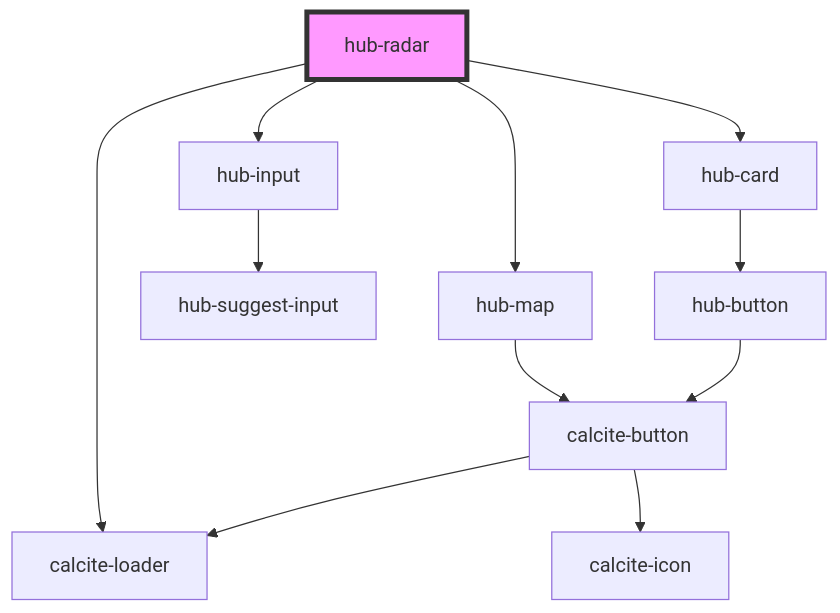
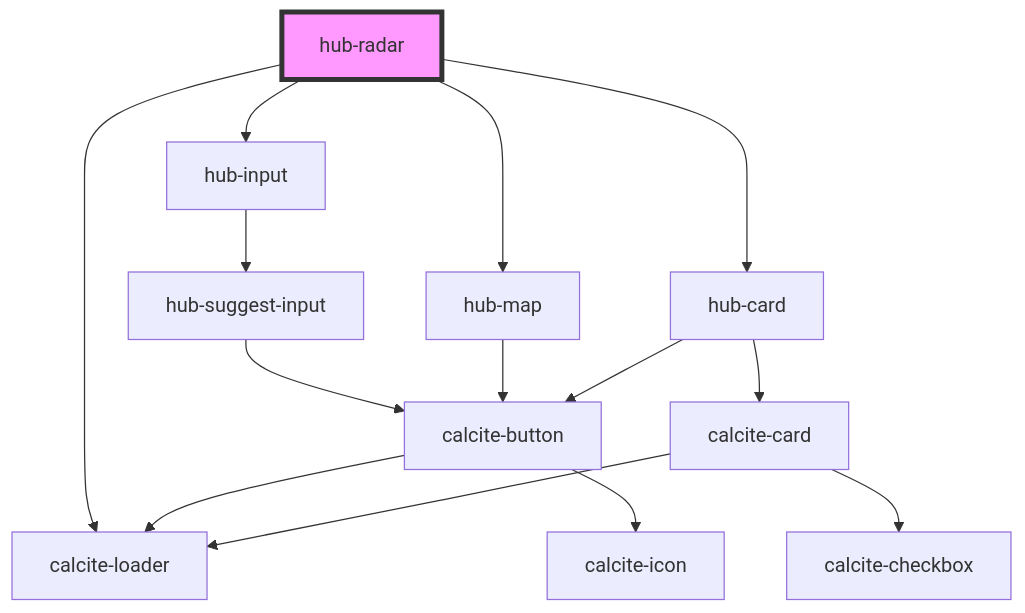
One commit to esridc/hub-components-experiments changed the diagram in src/components/hub-radar/readme.md. Above: the diagram before and after it, drawn with Mermaid. The commit also changed 18 other files, not shown here.

````diff
--- a/src/components/hub-radar/readme.md
+++ b/src/components/hub-radar/readme.md
@@ -54,14 +54,17 @@
 ```mermaid
 graph TD;
   hub-radar --> hub-input
   hub-radar --> hub-map
   hub-radar --> calcite-loader
   hub-radar --> hub-card
   hub-input --> hub-suggest-input
-  hub-map --> calcite-button
+  hub-suggest-input --> calcite-button
   calcite-button --> calcite-loader
   calcite-button --> calcite-icon
-  hub-card --> hub-button
-  hub-button --> calcite-button
+  hub-map --> calcite-button
+  hub-card --> calcite-card
+  hub-card --> calcite-button
+  calcite-card --> calcite-loader
+  calcite-card --> calcite-checkbox
   style hub-radar fill:#f9f,stroke:#333,stroke-width:4px
 ```
````
